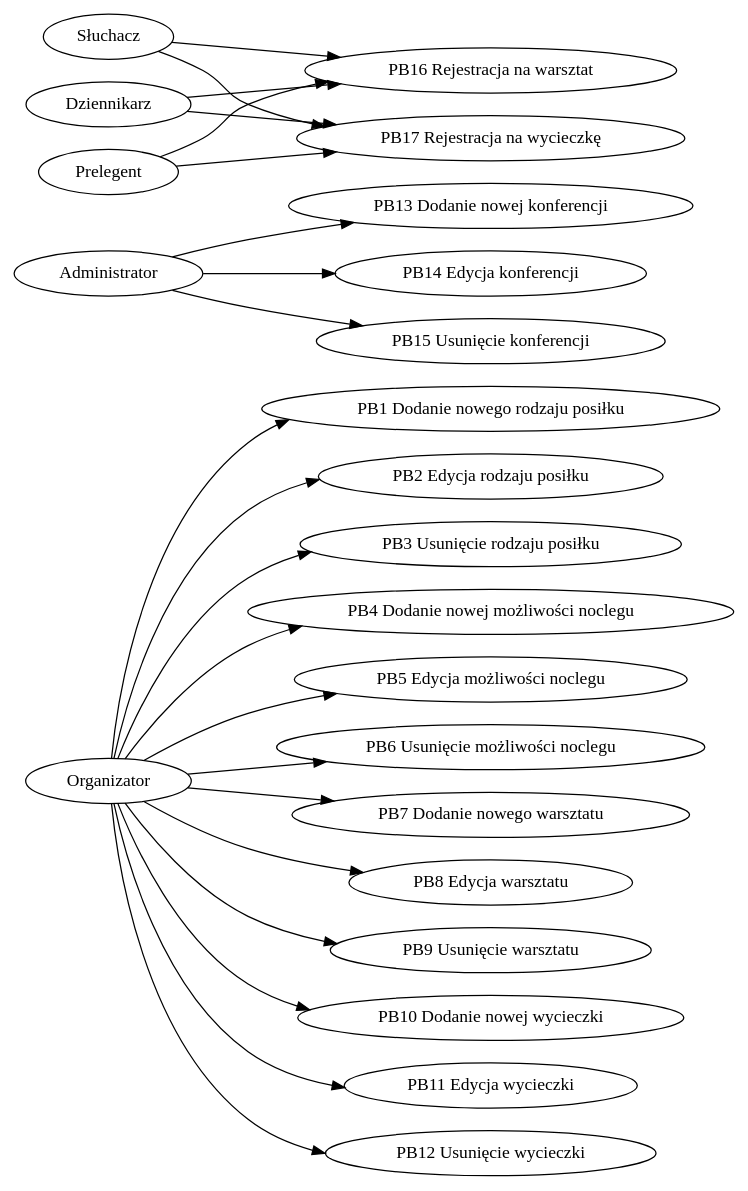
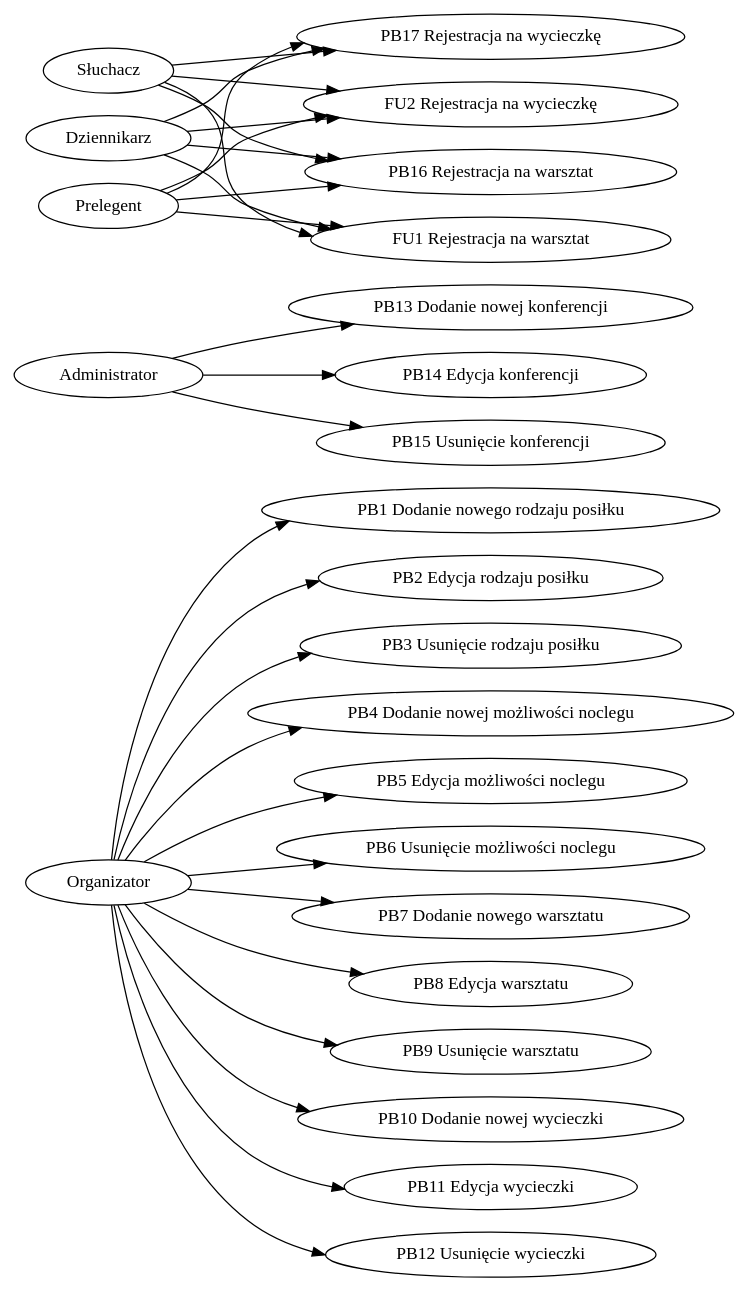
The diagram in przypadki.dot (zyla/iop_konferencja), drawn with Graphviz before and after one commit. The commit also changed 5 other files, not shown here.

```diff
--- a/przypadki.dot
+++ b/przypadki.dot
@@ -1,22 +1,28 @@
 digraph { rankdir=LR; "Organizator" -> "PB1 Dodanie nowego rodzaju posiłku"
 "Organizator" -> "PB2 Edycja rodzaju posiłku"
 "Organizator" -> "PB3 Usunięcie rodzaju posiłku"
 "Organizator" -> "PB4 Dodanie nowej możliwości noclegu"
 "Organizator" -> "PB5 Edycja możliwości noclegu"
 "Organizator" -> "PB6 Usunięcie możliwości noclegu"
 "Organizator" -> "PB7 Dodanie nowego warsztatu"
 "Organizator" -> "PB8 Edycja warsztatu"
 "Organizator" -> "PB9 Usunięcie warsztatu"
 "Organizator" -> "PB10 Dodanie nowej wycieczki"
 "Organizator" -> "PB11 Edycja wycieczki"
 "Organizator" -> "PB12 Usunięcie wycieczki"
 "Administrator" -> "PB13 Dodanie nowej konferencji"
 "Administrator" -> "PB14 Edycja konferencji"
 "Administrator" -> "PB15 Usunięcie konferencji"
 "Słuchacz" -> "PB16 Rejestracja na warsztat"
 "Dziennikarz" -> "PB16 Rejestracja na warsztat"
 "Prelegent" -> "PB16 Rejestracja na warsztat"
+"Słuchacz" -> "FU1 Rejestracja na warsztat"
+"Dziennikarz" -> "FU1 Rejestracja na warsztat"
+"Prelegent" -> "FU1 Rejestracja na warsztat"
 "Słuchacz" -> "PB17 Rejestracja na wycieczkę"
 "Dziennikarz" -> "PB17 Rejestracja na wycieczkę"
 "Prelegent" -> "PB17 Rejestracja na wycieczkę"
+"Słuchacz" -> "FU2 Rejestracja na wycieczkę"
+"Dziennikarz" -> "FU2 Rejestracja na wycieczkę"
+"Prelegent" -> "FU2 Rejestracja na wycieczkę"
  }
```
